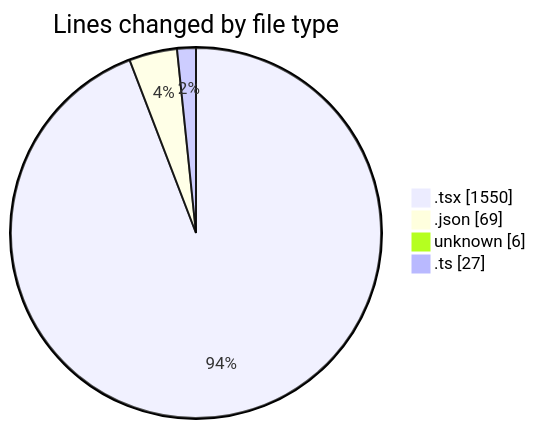
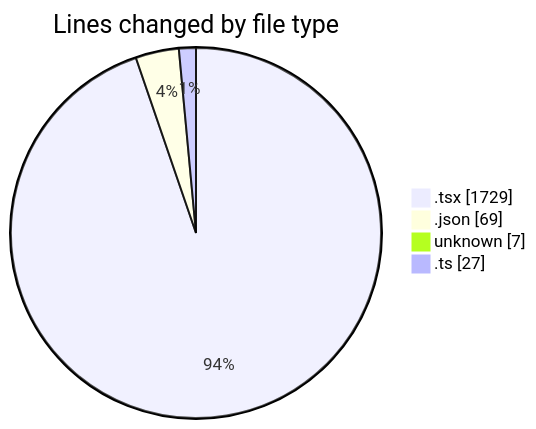
One commit to ernivani/code-tracking changed the first of 2 diagrams in 2025-01-03/tinycms/README.md. Above: the diagram before and after it, drawn with Mermaid. The commit also changed other lines of this file and 2 other files, not shown here.

````diff
--- a/2025-01-03/tinycms/README.md
+++ b/2025-01-03/tinycms/README.md
@@ -28,8 +29,8 @@
 ```mermaid
 pie showData
 title Lines changed by file type
-".tsx" : 1550
+".tsx" : 1729
 ".json" : 69
-"unknown" : 6
+"unknown" : 7
 ".ts" : 27
 ```
````
